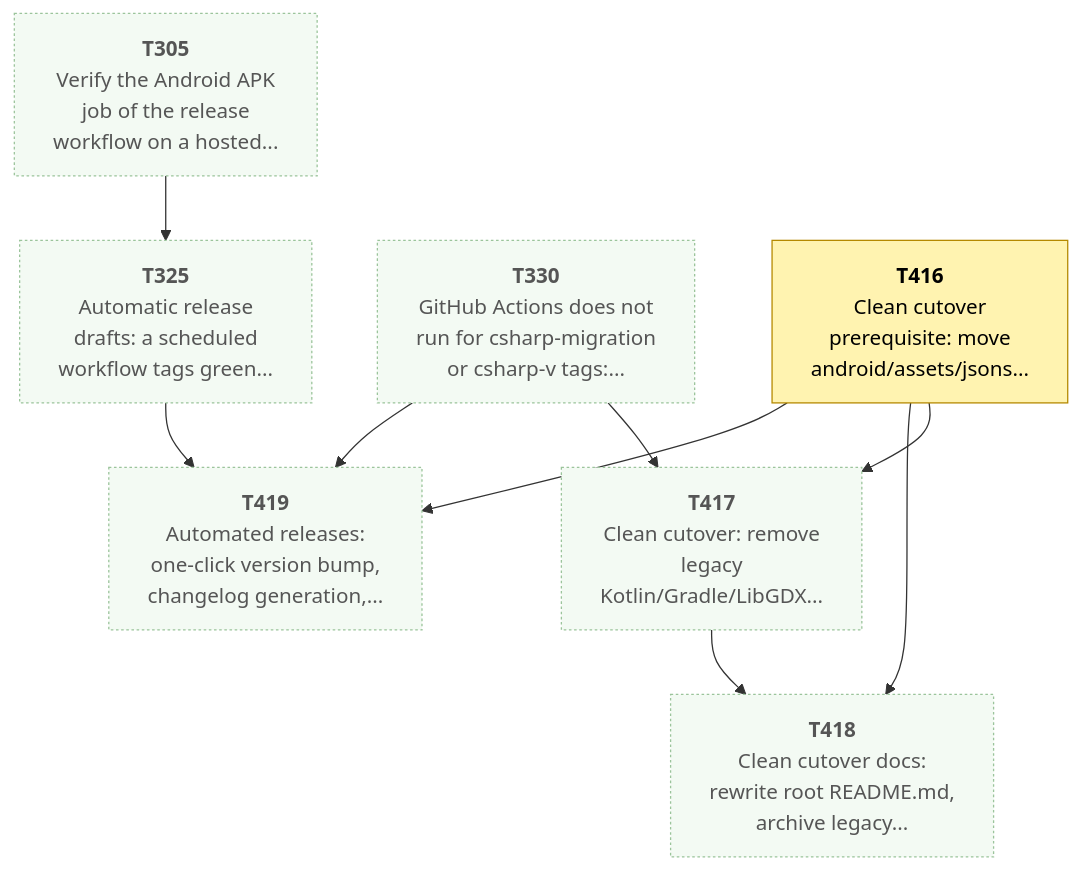
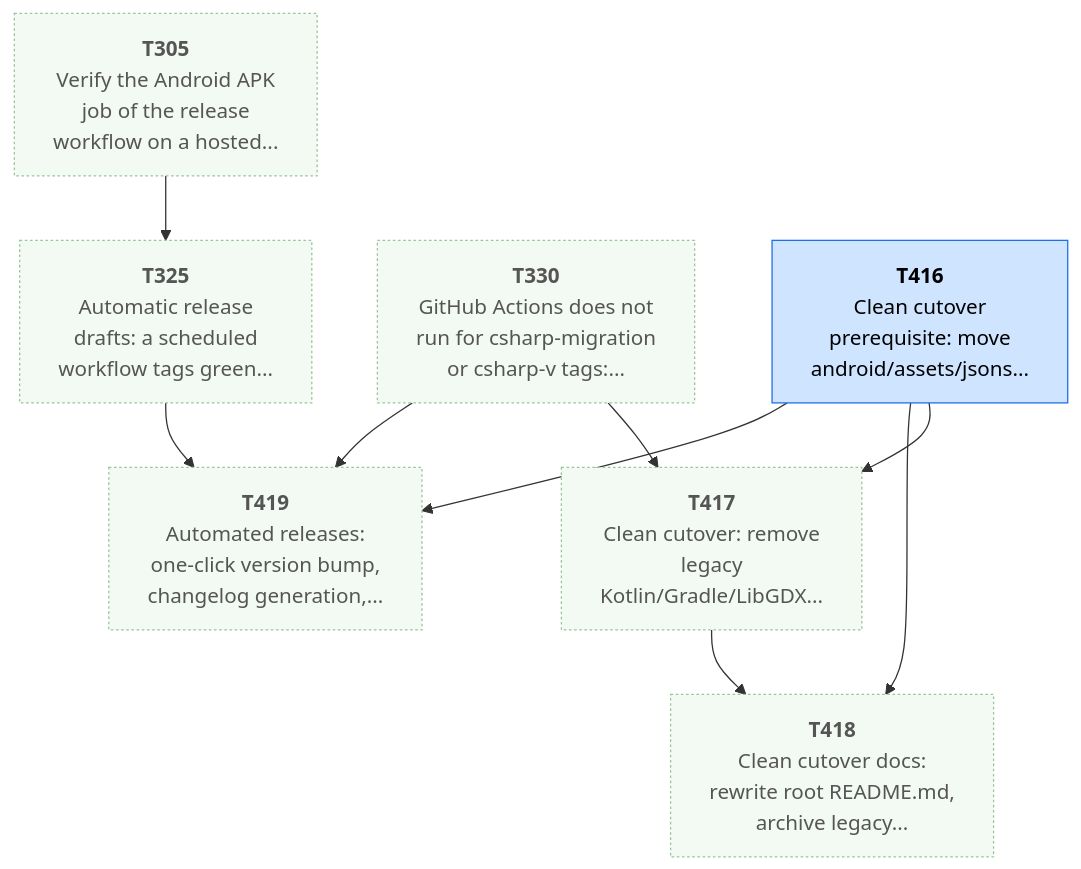
The first of 4 diagrams in csharp/migration/DEPENDENCY_MAP.md (Kenmura/UncivSharp), drawn with Mermaid before and after one commit. The commit also changed other lines of this file and 222 other files, not shown here.

````diff
--- a/csharp/migration/DEPENDENCY_MAP.md
+++ b/csharp/migration/DEPENDENCY_MAP.md
@@ -53,32 +53,32 @@
 ```mermaid
 flowchart TD
   T305["<b>T305</b><br/>Verify the Android APK<br/>job of the release<br/>workflow on a hosted..."]
   T325["<b>T325</b><br/>Automatic release<br/>drafts: a scheduled<br/>workflow tags green..."]
   T330["<b>T330</b><br/>GitHub Actions does not<br/>run for csharp-migration<br/>or csharp-v tags:..."]
   T416["<b>T416</b><br/>Clean cutover<br/>prerequisite: move<br/>android/assets/jsons..."]
   T417["<b>T417</b><br/>Clean cutover: remove<br/>legacy<br/>Kotlin/Gradle/LibGDX..."]
   T418["<b>T418</b><br/>Clean cutover docs:<br/>rewrite root README.md,<br/>archive legacy..."]
   T419["<b>T419</b><br/>Automated releases:<br/>one-click version bump,<br/>changelog generation,..."]
   T305 --> T325
   T416 --> T417
   T330 --> T417
   T416 --> T418
   T417 --> T418
   T325 --> T419
   T330 --> T419
   T416 --> T419
   classDef waiting fill:#f3faf3,stroke:#9bc49b,color:#555,stroke-dasharray:2 2
   classDef ondeck fill:#ffe8cc,stroke:#e8590c,stroke-width:3px,color:#000
   classDef ready fill:#7ee787,stroke:#1a7f37,stroke-width:3px,color:#000
   classDef prog fill:#fff3b0,stroke:#b58900,color:#000
   classDef review fill:#cfe4ff,stroke:#1f6feb,color:#000
   classDef blocked fill:#ffd6d6,stroke:#c62828,color:#000
   classDef done fill:#eeeeee,stroke:#999999,color:#666,stroke-dasharray:4 3
   class T305 waiting
   class T325 waiting
   class T330 waiting
-  class T416 prog
+  class T416 review
   class T417 waiting
   class T418 waiting
   class T419 waiting
 ```
````
